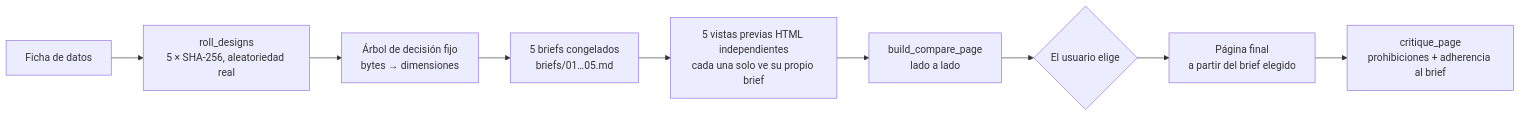
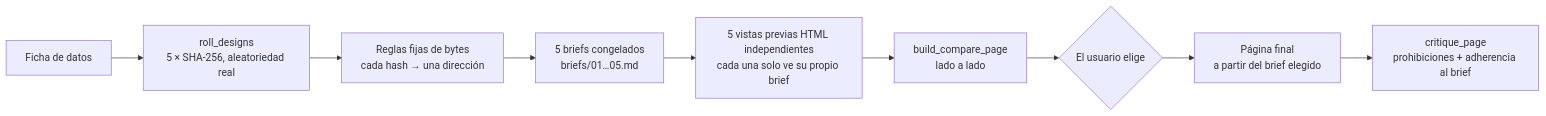
One commit to qybaihe/hash-design changed the diagram in README.es.md. Above: the diagram before and after it, drawn with Mermaid. The commit also changed other lines of this file and 4 other files, not shown here.

````diff
--- a/README.es.md
+++ b/README.es.md
@@ -184,11 +182,11 @@
 ```mermaid
 flowchart LR
   A[Ficha de datos] --> B[roll_designs<br/>5 × SHA-256, aleatoriedad real]
-  B --> C[Árbol de decisión fijo<br/>bytes → dimensiones]
+  B --> C[Reglas fijas de bytes<br/>cada hash → una dirección]
   C --> D[5 briefs congelados<br/>briefs/01…05.md]
   D --> E[5 vistas previas HTML independientes<br/>cada una solo ve su propio brief]
   E --> F[build_compare_page<br/>lado a lado]
   F --> G{El usuario elige}
   G --> H[Página final<br/>a partir del brief elegido]
   H --> I[critique_page<br/>prohibiciones + adherencia al brief]
 ```
````
